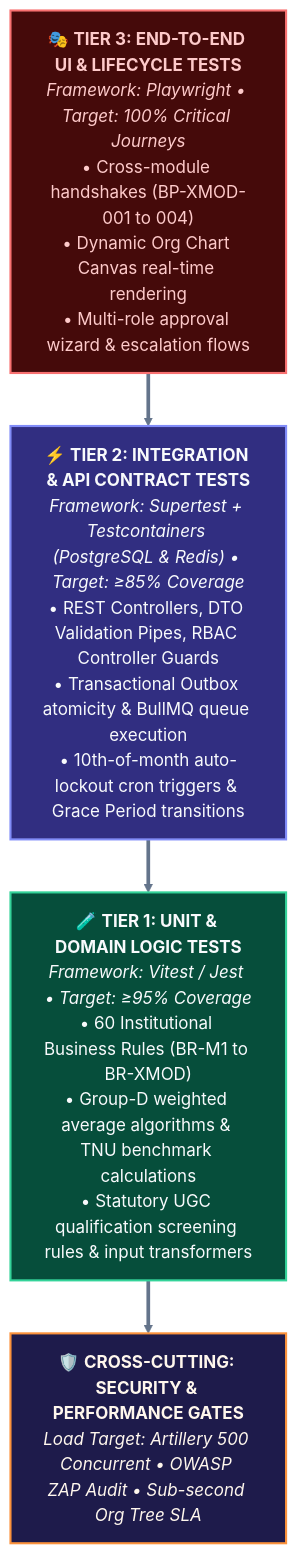
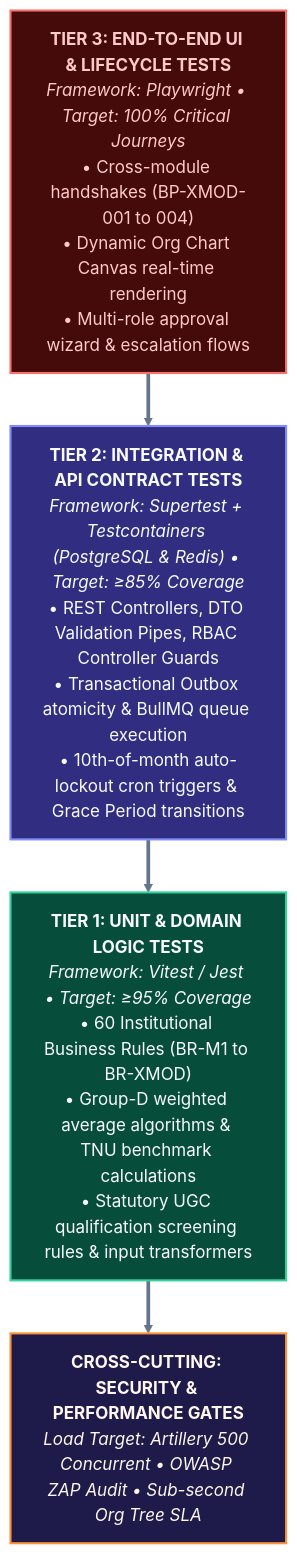
One commit to Aditya11o/HR-CHANGE-MANAGEMENT-SYSTEM changed the diagram in docs/09-testing/01-TEST-STRATEGY-AND-VERIFICATION-PLAN.md. Above: the diagram before and after it, drawn with Mermaid. The commit also changed 8 other files, not shown here.

Commit message:
docs: add system architecture, test strategy, deployment guide, and requirements specifications

````diff
--- a/docs/09-testing/01-TEST-STRATEGY-AND-VERIFICATION-PLAN.md
+++ b/docs/09-testing/01-TEST-STRATEGY-AND-VERIFICATION-PLAN.md
@@ -21,18 +21,18 @@
 ```mermaid
 %%{init: {'theme': 'base', 'themeVariables': { 'primaryColor': '#1e293b', 'primaryTextColor': '#f8fafc', 'primaryBorderColor': '#38bdf8', 'lineColor': '#64748b'}}}%%
 flowchart TD
     classDef e2e fill:#450a0a,stroke:#f87171,stroke-width:2px,color:#fecaca;
     classDef integ fill:#312e81,stroke:#818cf8,stroke-width:2px,color:#f8fafc;
     classDef unit fill:#064e3b,stroke:#34d399,stroke-width:2px,color:#f8fafc;
     classDef sec fill:#1e1b4b,stroke:#fb923c,stroke-width:2px,color:#fff7ed;
 
-    E2E["🎭 <b>TIER 3: END-TO-END UI & LIFECYCLE TESTS</b><br/><i>Framework: Playwright • Target: 100% Critical Journeys</i><br/>• Cross-module handshakes (BP-XMOD-001 to 004)<br/>• Dynamic Org Chart Canvas real-time rendering<br/>• Multi-role approval wizard & escalation flows"]:::e2e
+    E2E["<b>TIER 3: END-TO-END UI & LIFECYCLE TESTS</b><br/><i>Framework: Playwright • Target: 100% Critical Journeys</i><br/>• Cross-module handshakes (BP-XMOD-001 to 004)<br/>• Dynamic Org Chart Canvas real-time rendering<br/>• Multi-role approval wizard & escalation flows"]:::e2e
 
-    INTEG["⚡ <b>TIER 2: INTEGRATION & API CONTRACT TESTS</b><br/><i>Framework: Supertest + Testcontainers (PostgreSQL & Redis) • Target: ≥85% Coverage</i><br/>• REST Controllers, DTO Validation Pipes, RBAC Controller Guards<br/>• Transactional Outbox atomicity & BullMQ queue execution<br/>• 10th-of-month auto-lockout cron triggers & Grace Period transitions"]:::integ
+    INTEG["<b>TIER 2: INTEGRATION & API CONTRACT TESTS</b><br/><i>Framework: Supertest + Testcontainers (PostgreSQL & Redis) • Target: ≥85% Coverage</i><br/>• REST Controllers, DTO Validation Pipes, RBAC Controller Guards<br/>• Transactional Outbox atomicity & BullMQ queue execution<br/>• 10th-of-month auto-lockout cron triggers & Grace Period transitions"]:::integ
 
-    UNIT["🧪 <b>TIER 1: UNIT & DOMAIN LOGIC TESTS</b><br/><i>Framework: Vitest / Jest • Target: ≥95% Coverage</i><br/>• 60 Institutional Business Rules (BR-M1 to BR-XMOD)<br/>• Group-D weighted average algorithms & TNU benchmark calculations<br/>• Statutory UGC qualification screening rules & input transformers"]:::unit
+    UNIT["<b>TIER 1: UNIT & DOMAIN LOGIC TESTS</b><br/><i>Framework: Vitest / Jest • Target: ≥95% Coverage</i><br/>• 60 Institutional Business Rules (BR-M1 to BR-XMOD)<br/>• Group-D weighted average algorithms & TNU benchmark calculations<br/>• Statutory UGC qualification screening rules & input transformers"]:::unit
 
-    SEC["🛡️ <b>CROSS-CUTTING: SECURITY & PERFORMANCE GATES</b><br/><i>Load Target: Artillery 500 Concurrent • OWASP ZAP Audit • Sub-second Org Tree SLA</i>"]:::sec
+    SEC["<b>CROSS-CUTTING: SECURITY & PERFORMANCE GATES</b><br/><i>Load Target: Artillery 500 Concurrent • OWASP ZAP Audit • Sub-second Org Tree SLA</i>"]:::sec
 
     E2E ==> INTEG ==> UNIT ==> SEC
 ```
````
